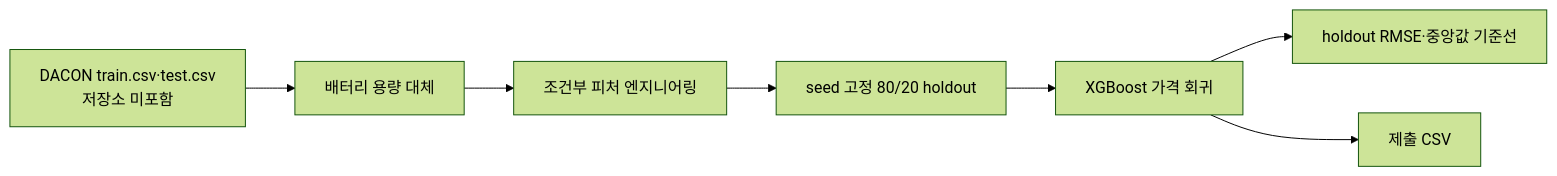
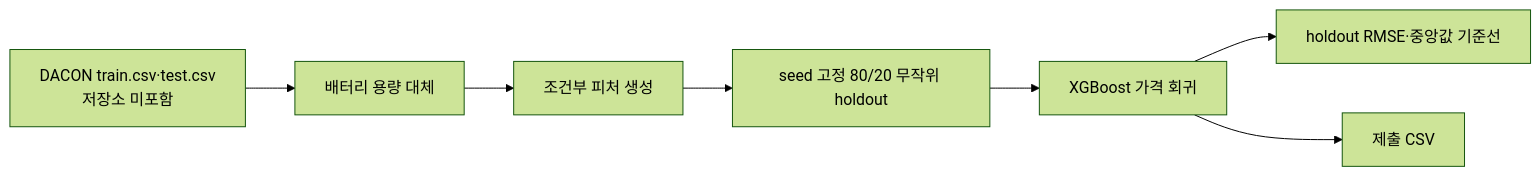
One commit to junhyung-L/used-ev-price-forecasting changed the diagram in README.ko.md. Above: the diagram before and after it, drawn with Mermaid (forest theme). The commit also changed other lines of this file and 3 other files, not shown here.

````diff
--- a/README.ko.md
+++ b/README.ko.md
@@ -19,9 +19,9 @@
 ```mermaid
 flowchart LR
     A[DACON train.csv·test.csv\n저장소 미포함] --> B[배터리 용량 대체]
-    B --> C[조건부 피처 엔지니어링]
-    C --> D[seed 고정 80/20 holdout]
+    B --> C[조건부 피처 생성]
+    C --> D[seed 고정 80/20 무작위 holdout]
     D --> E[XGBoost 가격 회귀]
     E --> F[holdout RMSE·중앙값 기준선]
     E --> G[제출 CSV]
 ```
````
